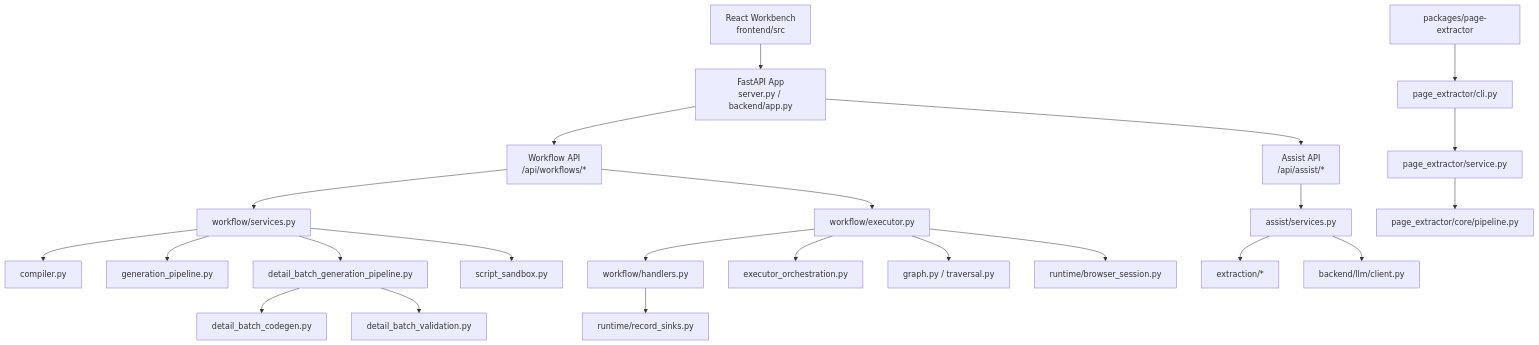
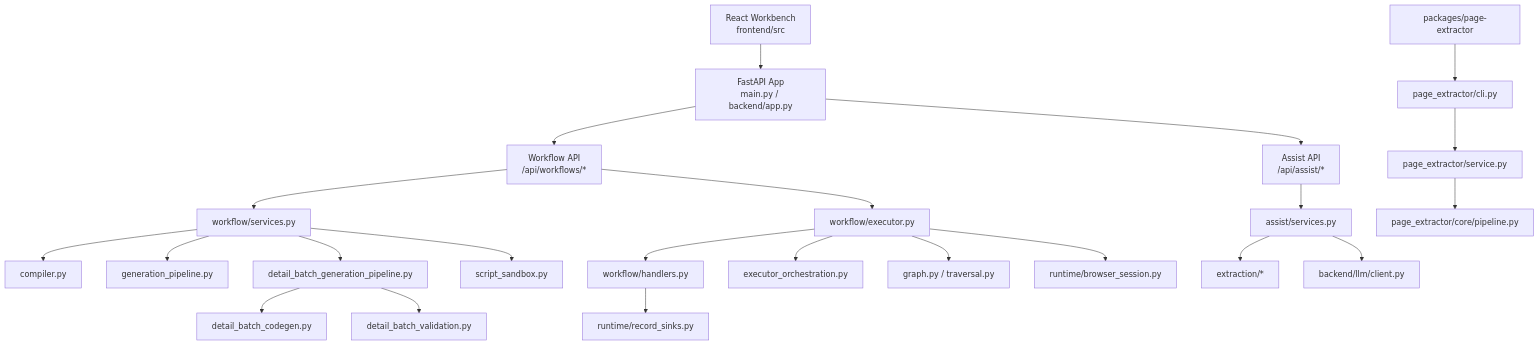
The first of 8 diagrams in docs/technical-development-guide.md (tuisemo/crawler-pipeline-builder), drawn with Mermaid before and after one commit. The commit also changed other lines of this file and 5 other files, not shown here.

Commit message:
refactor: rename server.py to main.py as standard Python entry point

````diff
--- a/docs/technical-development-guide.md
+++ b/docs/technical-development-guide.md
@@ -35,30 +35,30 @@
 ```mermaid
 flowchart TD
-    FE["React Workbench<br/>frontend/src"] --> API["FastAPI App<br/>server.py / backend/app.py"]
+    FE["React Workbench<br/>frontend/src"] --> API["FastAPI App<br/>main.py / backend/app.py"]
     API --> WF["Workflow API<br/>/api/workflows/*"]
     API --> AS["Assist API<br/>/api/assist/*"]
 
     WF --> WFS["workflow/services.py"]
     WFS --> CMP["compiler.py"]
     WFS --> GEN["generation_pipeline.py"]
     WFS --> DBG["detail_batch_generation_pipeline.py"]
     WFS --> SBOX["script_sandbox.py"]
 
     AS --> ASSVC["assist/services.py"]
     ASSVC --> EXT["extraction/*"]
     ASSVC --> LLM["backend/llm/client.py"]
 
     WF --> EXEC["workflow/executor.py"]
     EXEC --> HANDLERS["workflow/handlers.py"]
     EXEC --> ORCH["executor_orchestration.py"]
     EXEC --> GRAPH["graph.py / traversal.py"]
     EXEC --> BROWSER["runtime/browser_session.py"]
 
     HANDLERS --> SINK["runtime/record_sinks.py"]
     DBG --> DBGEN["detail_batch_codegen.py"]
     DBG --> DBVAL["detail_batch_validation.py"]
 
     PEX["packages/page-extractor"] --> CLI["page_extractor/cli.py"]
     CLI --> PSVC["page_extractor/service.py"]
     PSVC --> PIPE["page_extractor/core/pipeline.py"]
 ```
````
